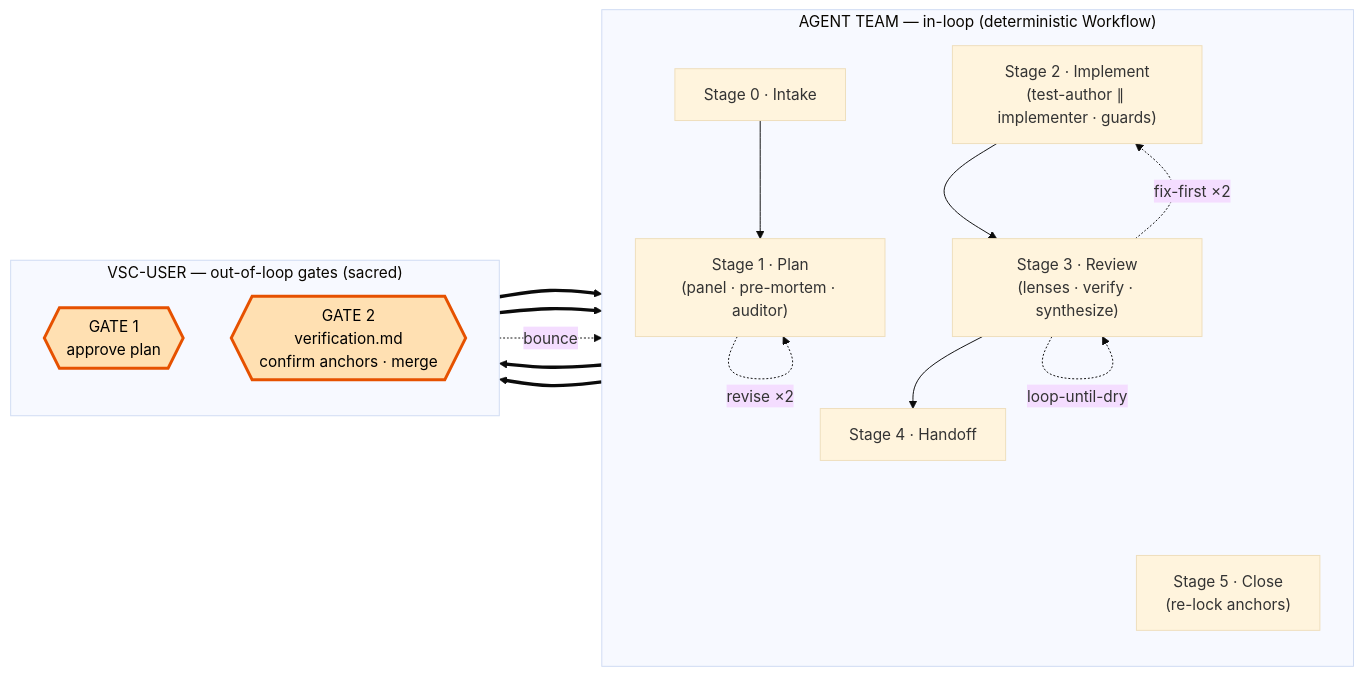
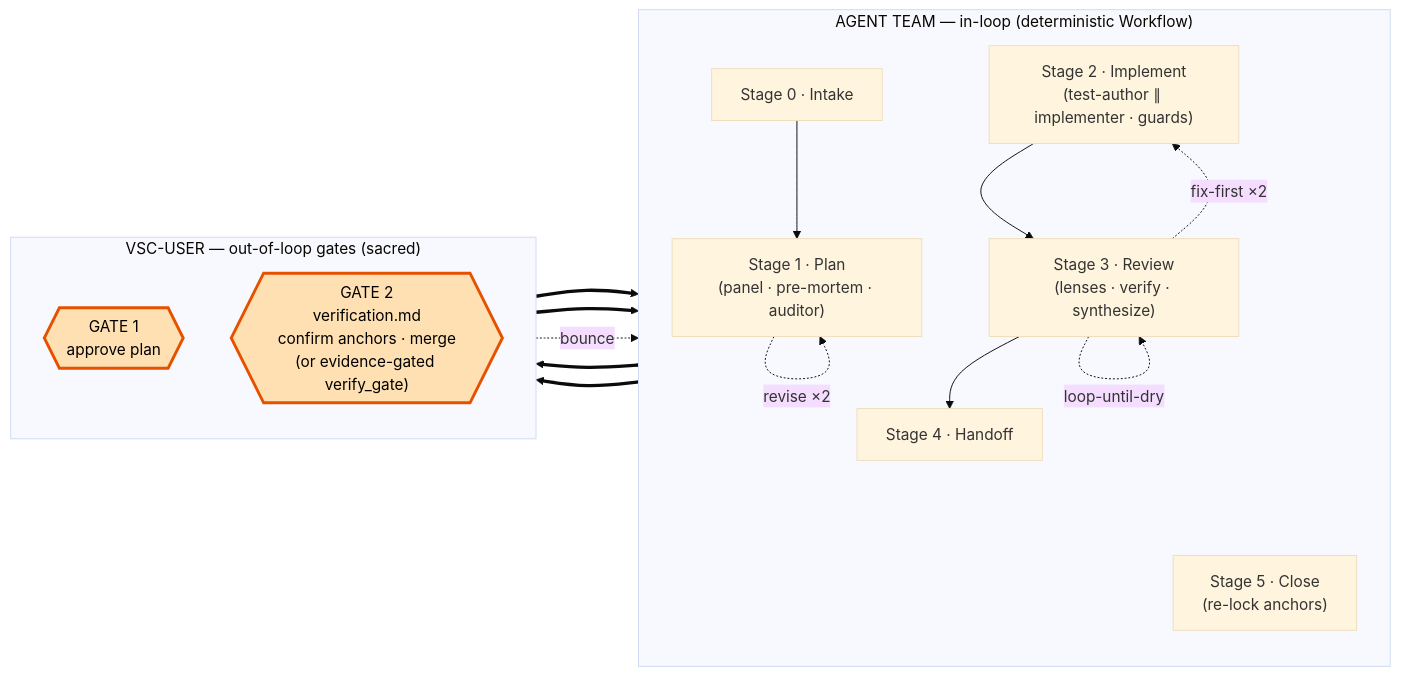
The eighth of 8 diagrams in docs/findings/finding-034-agent-team-plan-phase.md (vidalcastaneda12-source/DNA_Insights_V1), drawn with Mermaid (base theme) before and after one commit. The commit also changed other lines of this file and 8 other files, not shown here.

````diff
--- a/docs/findings/finding-034-agent-team-plan-phase.md
+++ b/docs/findings/finding-034-agent-team-plan-phase.md
@@ -1300,23 +1301,23 @@
 ```mermaid
 flowchart LR
     subgraph TEAM["AGENT TEAM — in-loop (deterministic Workflow)"]
         direction TB
         s0["Stage 0 · Intake"] --> s1["Stage 1 · Plan<br/>(panel · pre-mortem · auditor)"]
         s1 -.->|revise ×2| s1
         s2["Stage 2 · Implement<br/>(test-author ∥ implementer · guards)"] --> s3["Stage 3 · Review<br/>(lenses · verify · synthesize)"]
         s3 -.->|fix-first ×2| s2
         s3 -.->|loop-until-dry| s3
         s3 --> s4["Stage 4 · Handoff"]
         s5["Stage 5 · Close<br/>(re-lock anchors)"]
     end
     subgraph HUMAN["VSC-USER — out-of-loop gates (sacred)"]
         direction TB
         g1{{"GATE 1<br/>approve plan"}}
-        g2{{"GATE 2<br/>verification.md<br/>confirm anchors · merge"}}
+        g2{{"GATE 2<br/>verification.md<br/>confirm anchors · merge<br/>(or evidence-gated verify_gate)"}}
     end
     s1 ==> g1 ==> s2
     s4 ==> g2 ==> s5
     g2 -.->|bounce| s2
     classDef gate fill:#ffe0b2,stroke:#e65100,stroke-width:3px,color:#000;
     class g1,g2 gate;
 ```
````
